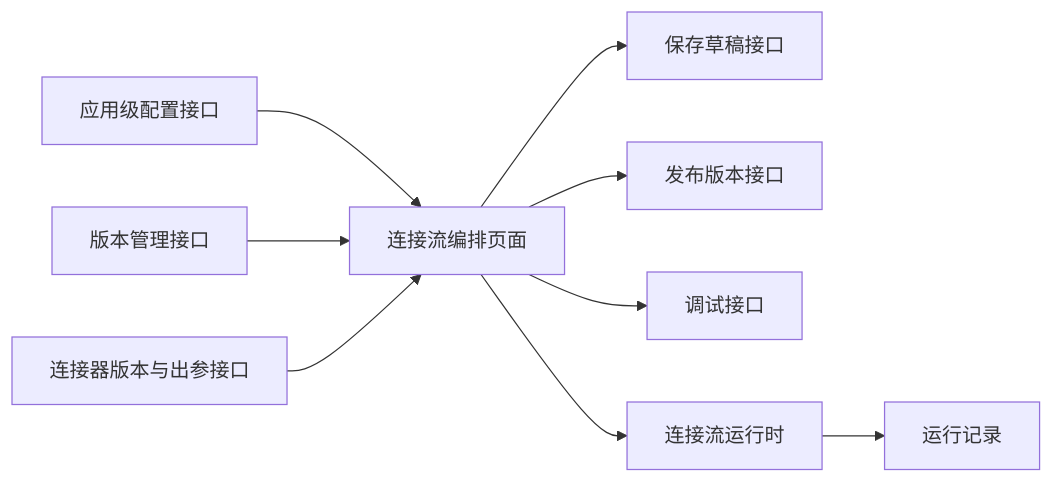
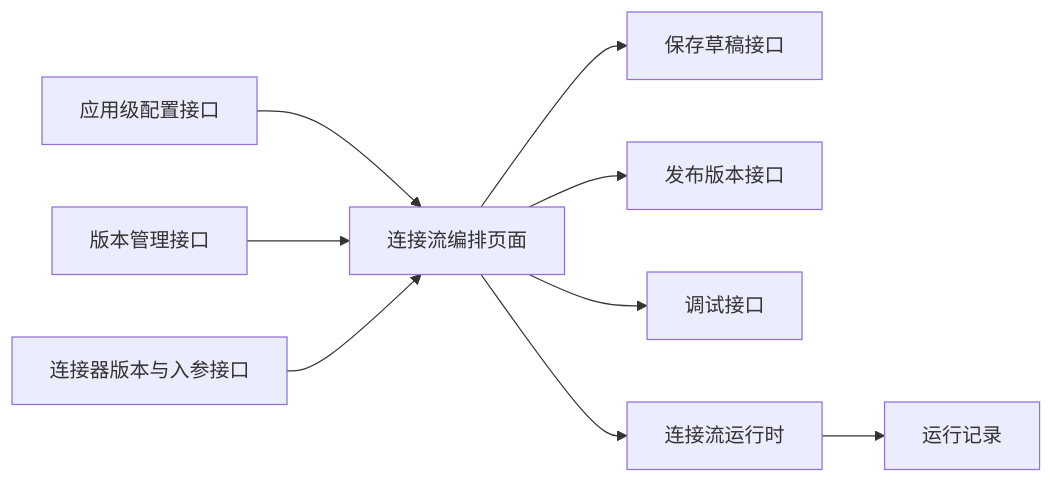
The first of 17 diagrams in front/doc/2026年6月文档/连接流配置需求设计说明书.md (THZSummer/open-app), drawn with Mermaid before and after one commit. The commit also changed other lines of this file and 2 other files, not shown here.

````diff
--- a/front/doc/2026年6月文档/连接流配置需求设计说明书.md
+++ b/front/doc/2026年6月文档/连接流配置需求设计说明书.md
@@ -88,11 +92,11 @@
 ```mermaid
 flowchart LR
   AppConfig[应用级配置接口] --> FlowEditor[连接流编排页面]
   VersionApi[版本管理接口] --> FlowEditor
-  ConnectorApi[连接器版本与出参接口] --> FlowEditor
+  ConnectorApi[连接器版本与入参接口] --> FlowEditor
   FlowEditor --> SaveApi[保存草稿接口]
   FlowEditor --> PublishApi[发布版本接口]
   FlowEditor --> DebugApi[调试接口]
   FlowEditor --> Runtime[连接流运行时]
   Runtime --> RunRecord[运行记录]
 ```
````
